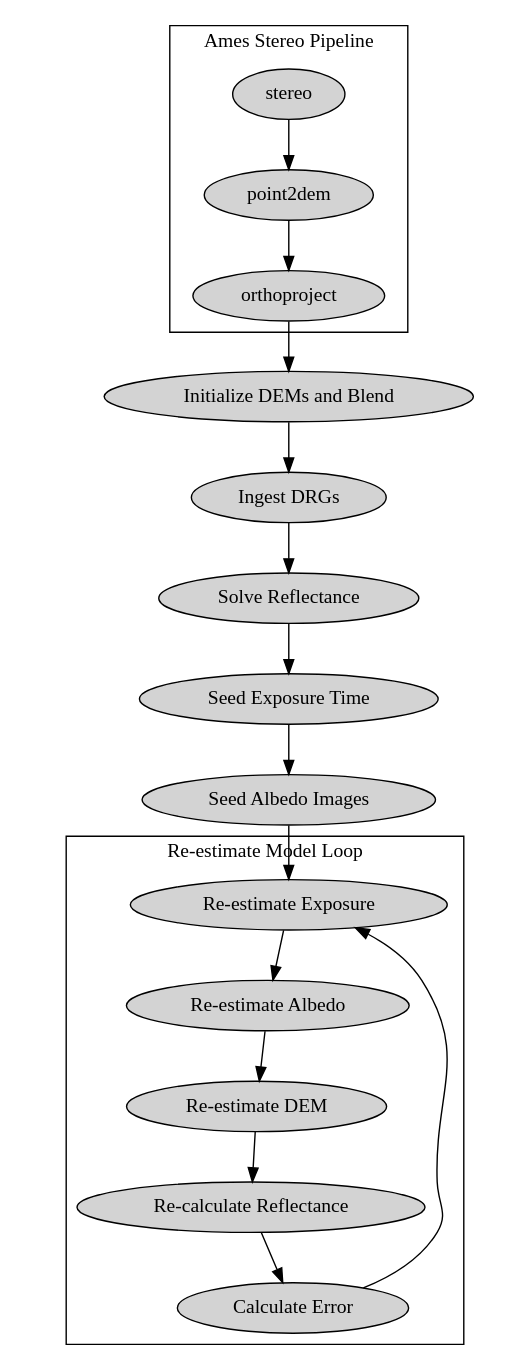
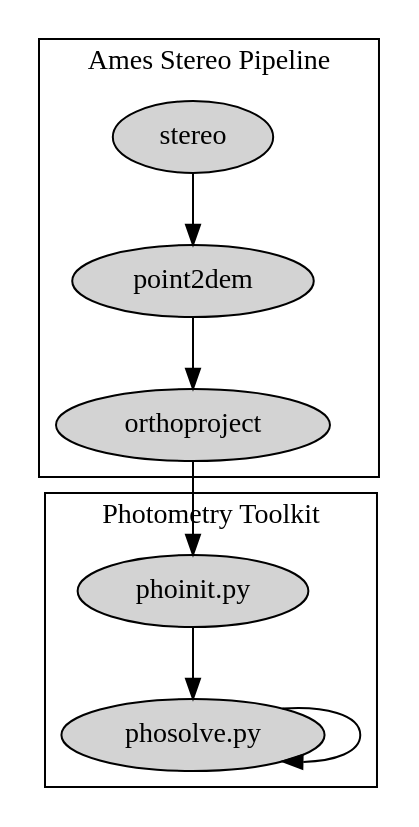
One commit to NeoGeographyToolkit/StereoPipeline changed the diagram in docs/photometry/graph/phoalgorithm.dot. Above: the diagram before and after it, drawn with Graphviz. The commit also changed 5 other files, not shown here.

```diff
--- a/docs/photometry/graph/phoalgorithm.dot
+++ b/docs/photometry/graph/phoalgorithm.dot
@@ -1,26 +1,17 @@
 digraph g {
-viewport="250,670,.7,'2.8 BSD'"
-
 node [style=filled];
 
 subgraph cluster_0 {
         color=black;
         stereo -> point2dem -> orthoproject;
         label = "Ames Stereo Pipeline";
 }
 
 subgraph cluster_1 {
-        color=black;
-        "Re-estimate Exposure" -> "Re-estimate Albedo";
-        "Re-estimate Albedo" -> "Re-estimate DEM";
-        "Re-estimate DEM" -> "Re-calculate Reflectance" -> "Calculate Error";
-        "Calculate Error" -> "Re-estimate Exposure";
-        label="Re-estimate Model Loop";
+        orthoproject -> "phoinit.py";
+        "phoinit.py" -> "phosolve.py";
+        "phosolve.py" -> "phosolve.py";
+        label = "Photometry Toolkit";
 }
 
-orthoproject -> "Initialize DEMs and Blend";
-"Initialize DEMs and Blend" -> "Ingest DRGs";
-"Ingest DRGs" -> "Solve Reflectance" -> "Seed Exposure Time" -> "Seed Albedo Images";
-"Seed Albedo Images" -> "Re-estimate Exposure";
-
 }
```
